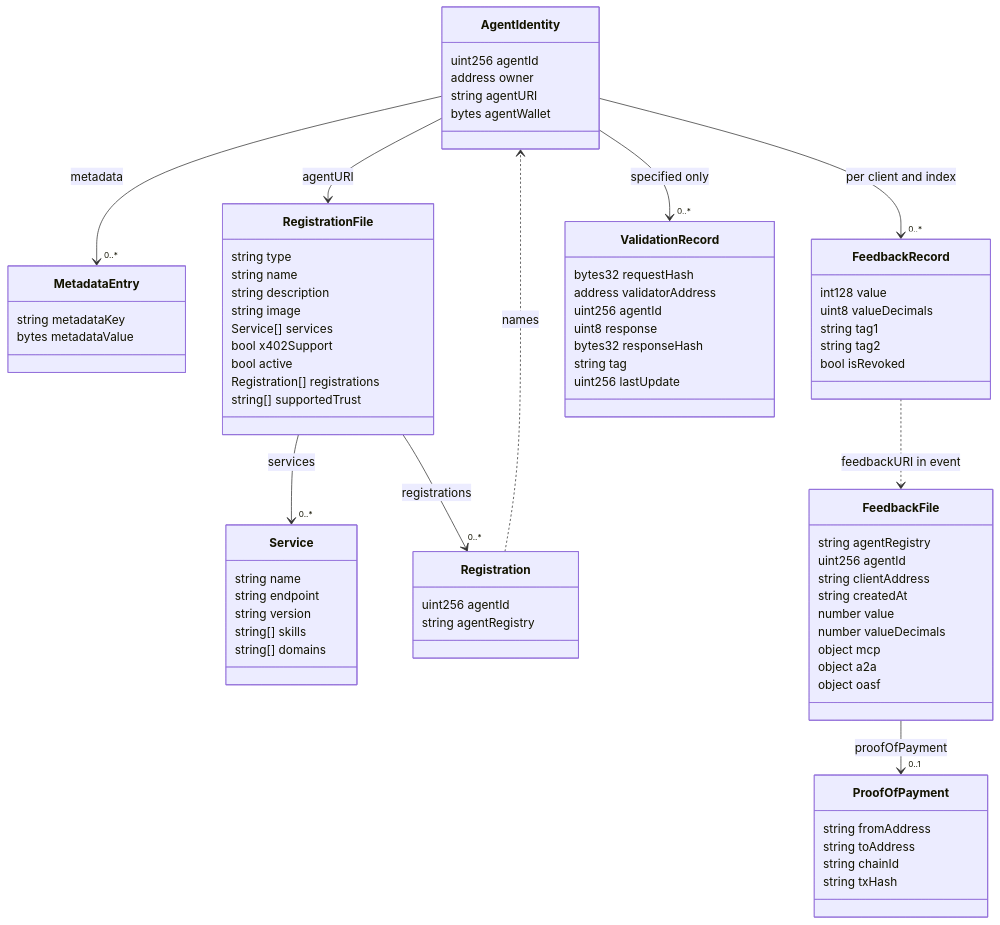
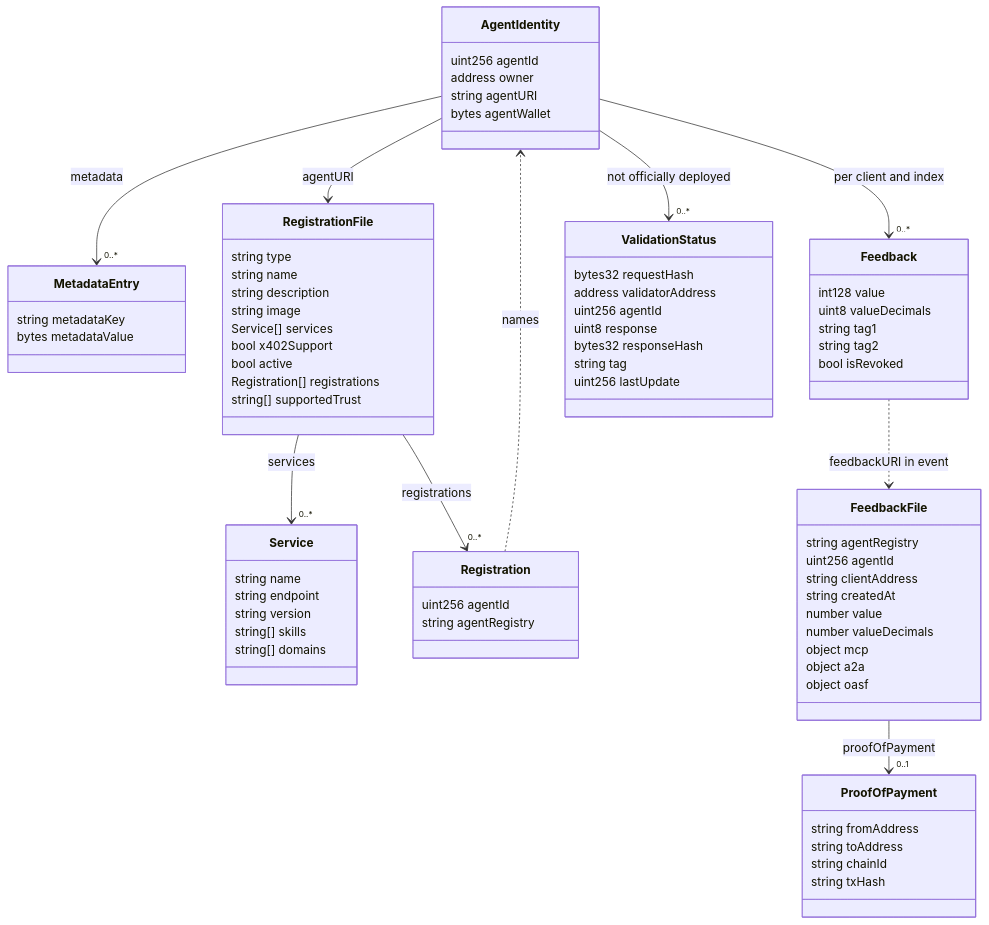
The diagram in src/content/diagrams/erc-8004-data-model.mmd (mercesAI/agentic-rails-atlas), drawn with Mermaid before and after one commit. The commit also changed 124 other files, not shown here.

```diff
--- a/src/content/diagrams/erc-8004-data-model.mmd
+++ b/src/content/diagrams/erc-8004-data-model.mmd
@@ -1,75 +1,75 @@
 classDiagram
   class AgentIdentity {
     uint256 agentId
     address owner
     string agentURI
     bytes agentWallet
   }
   class MetadataEntry {
     string metadataKey
     bytes metadataValue
   }
   class RegistrationFile {
     string type
     string name
     string description
     string image
     Service[] services
     bool x402Support
     bool active
     Registration[] registrations
     string[] supportedTrust
   }
   class Service {
     string name
     string endpoint
     string version
     string[] skills
     string[] domains
   }
   class Registration {
     uint256 agentId
     string agentRegistry
   }
-  class FeedbackRecord {
+  class Feedback {
     int128 value
     uint8 valueDecimals
     string tag1
     string tag2
     bool isRevoked
   }
   class FeedbackFile {
     string agentRegistry
     uint256 agentId
     string clientAddress
     string createdAt
     number value
     number valueDecimals
     object mcp
     object a2a
     object oasf
   }
   class ProofOfPayment {
     string fromAddress
     string toAddress
     string chainId
     string txHash
   }
-  class ValidationRecord {
+  class ValidationStatus {
     bytes32 requestHash
     address validatorAddress
     uint256 agentId
     uint8 response
     bytes32 responseHash
     string tag
     uint256 lastUpdate
   }
   AgentIdentity --> RegistrationFile : agentURI
   AgentIdentity --> "0..*" MetadataEntry : metadata
   RegistrationFile --> "0..*" Service : services
   RegistrationFile --> "0..*" Registration : registrations
   Registration ..> AgentIdentity : names
-  AgentIdentity --> "0..*" FeedbackRecord : per client and index
-  FeedbackRecord ..> FeedbackFile : feedbackURI in event
+  AgentIdentity --> "0..*" Feedback : per client and index
+  Feedback ..> FeedbackFile : feedbackURI in event
   FeedbackFile --> "0..1" ProofOfPayment : proofOfPayment
-  AgentIdentity --> "0..*" ValidationRecord : specified only
+  AgentIdentity --> "0..*" ValidationStatus : not officially deployed
```
